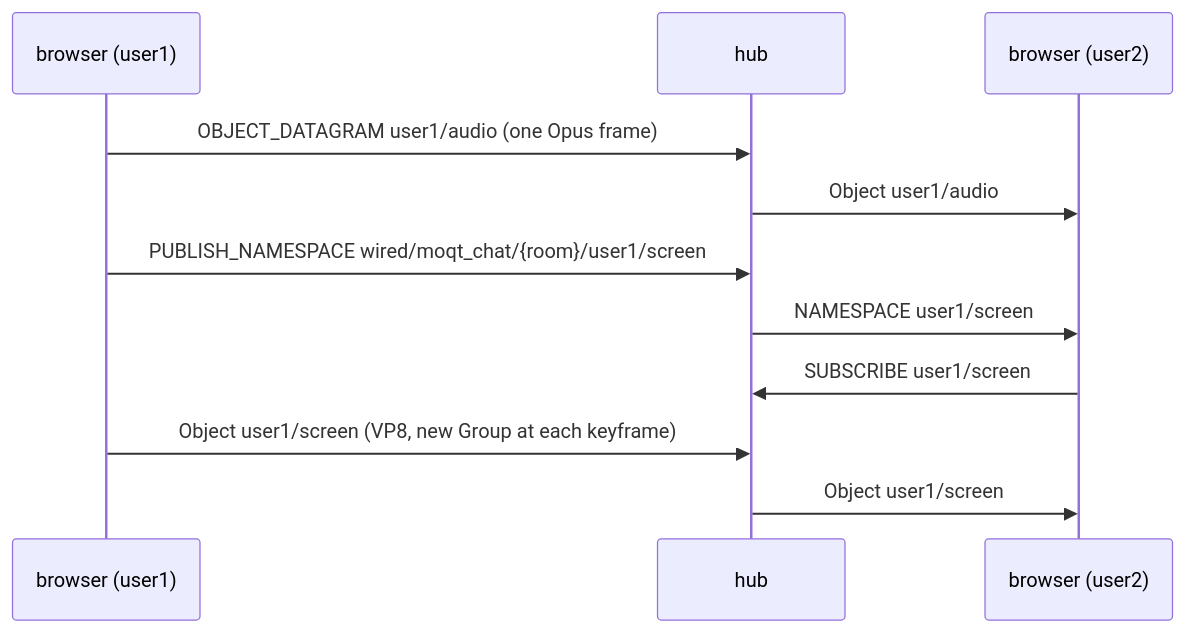
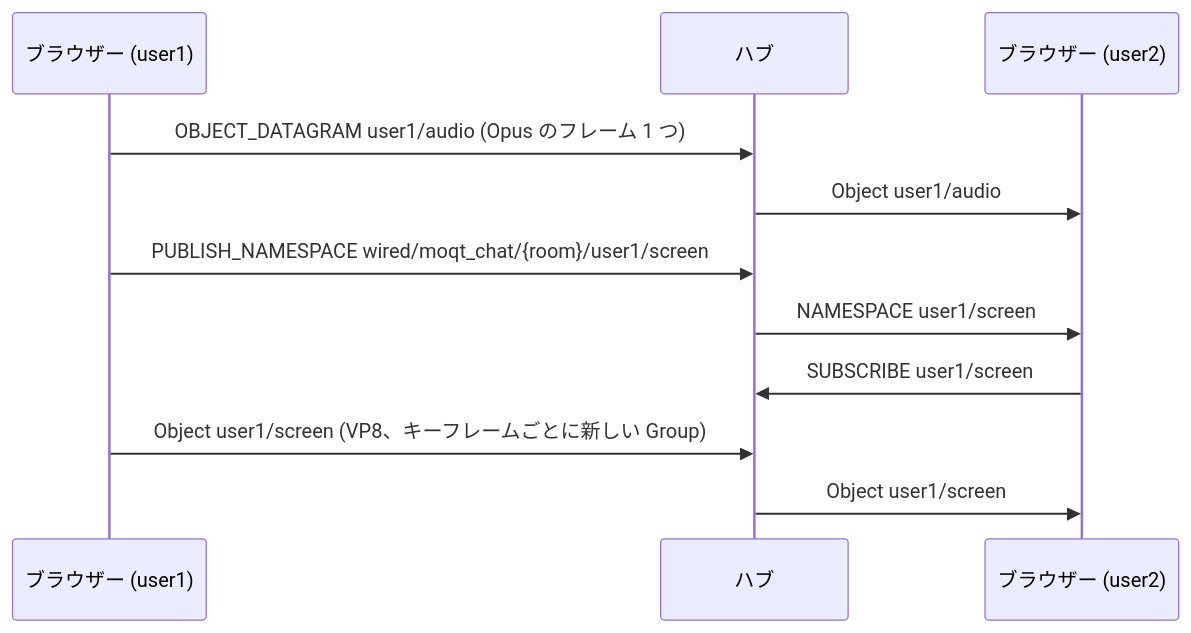
The fifth of 6 diagrams in examples/moqt_chat/README.md (Hakkadaikon/wired), drawn with Mermaid before and after one commit. The commit also changed other lines of this file, not shown here.

First line of the commit message:
docs(moqt_chat): Japanese labels in the README diagrams

````diff
--- a/examples/moqt_chat/README.md
+++ b/examples/moqt_chat/README.md
@@ -129,13 +129,13 @@
 ```mermaid
 sequenceDiagram
-    participant A as browser (user1)
-    participant H as hub
-    participant B as browser (user2)
-    A->>H: OBJECT_DATAGRAM user1/audio (one Opus frame)
+    participant A as ブラウザー (user1)
+    participant H as ハブ
+    participant B as ブラウザー (user2)
+    A->>H: OBJECT_DATAGRAM user1/audio (Opus のフレーム 1 つ)
     H->>B: Object user1/audio
     A->>H: PUBLISH_NAMESPACE wired/moqt_chat/{room}/user1/screen
     H->>B: NAMESPACE user1/screen
     B->>H: SUBSCRIBE user1/screen
-    A->>H: Object user1/screen (VP8, new Group at each keyframe)
+    A->>H: Object user1/screen (VP8、キーフレームごとに新しい Group)
     H->>B: Object user1/screen
 ```
````
